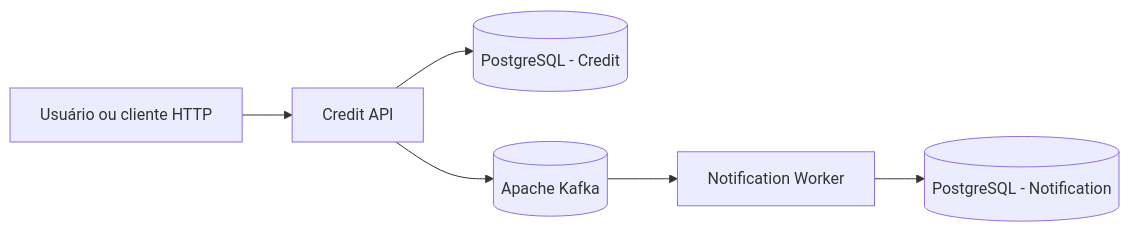
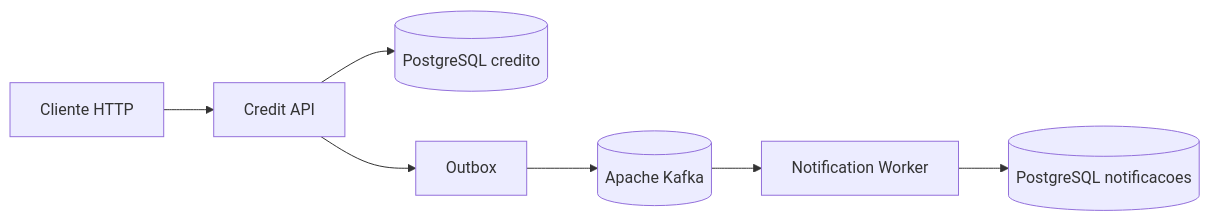
Before and after one commit to Moosy-Joao/Credite: the diagram in docs/ARQUITETURA.md, drawn with Mermaid. The commit also changed other lines of this file and 35 other files, not shown here.

````diff
--- a/docs/ARQUITETURA.md
+++ b/docs/ARQUITETURA.md
@@ -14,8 +12,9 @@
-```mermaid
+~~~mermaid
 flowchart LR
-    Cliente[Usuário ou cliente HTTP] --> API[Credit API]
-    API --> BancoCredito[(PostgreSQL - Credit)]
-    API --> Kafka[(Apache Kafka)]
+    Cliente[Cliente HTTP] --> API[Credit API]
+    API --> BancoCredito[(PostgreSQL credito)]
+    API --> Outbox[Outbox]
+    Outbox --> Kafka[(Apache Kafka)]
     Kafka --> Worker[Notification Worker]
-    Worker --> BancoNotificacao[(PostgreSQL - Notification)]
-```
+    Worker --> BancoNotificacao[(PostgreSQL notificacoes)]
+~~~
````
